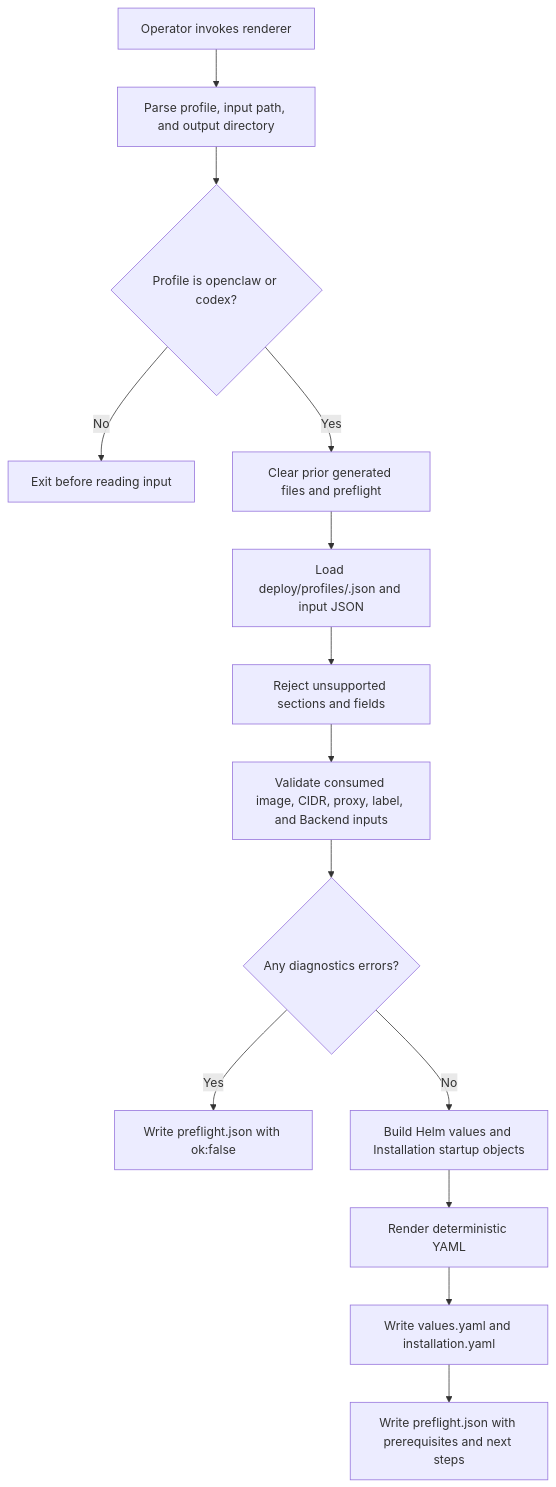
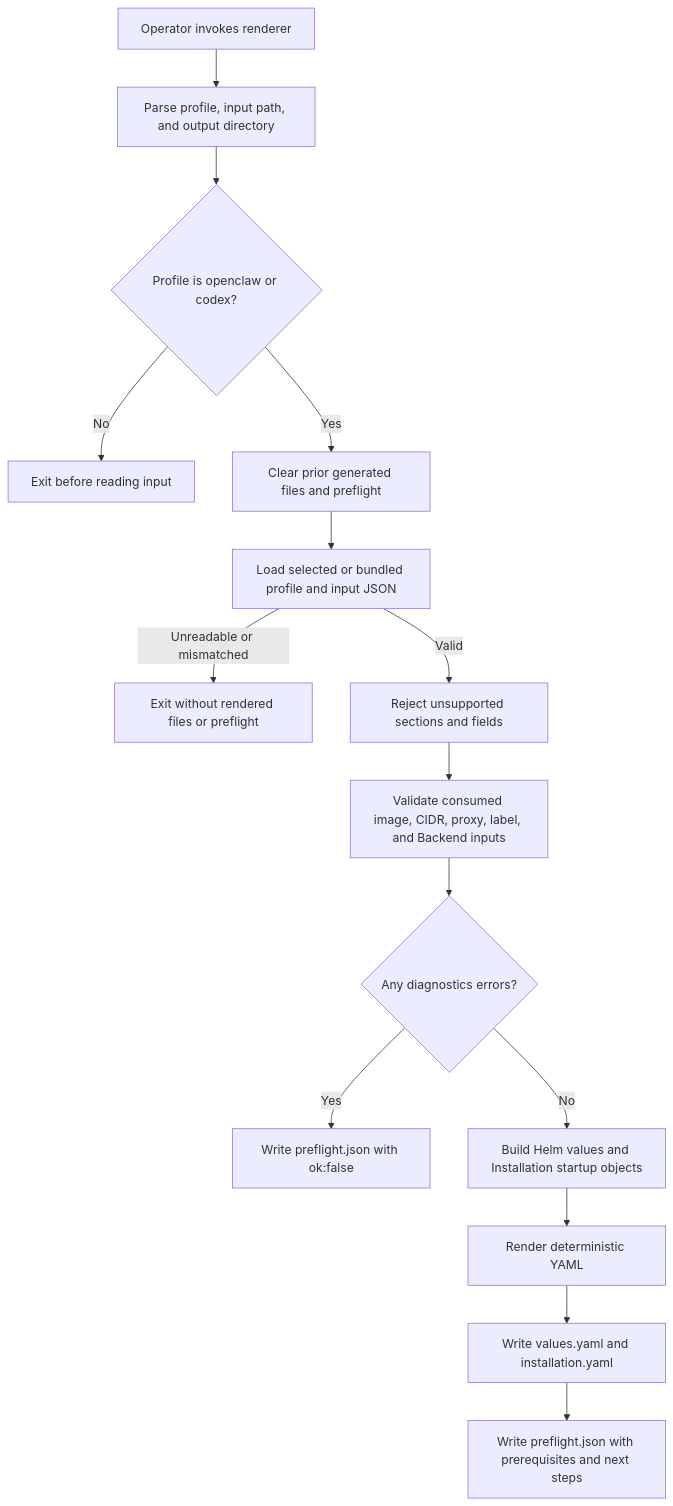
The diagram in docs/flows/installation-profile-rendering.md (raw-labs/openclaw-enterprise), drawn with Mermaid before and after one commit. The commit also changed other lines of this file and 4 other files, not shown here.

Commit message:
feat(deploy): select installation profiles and preset seeding

````diff
--- a/docs/flows/installation-profile-rendering.md
+++ b/docs/flows/installation-profile-rendering.md
@@ -32,16 +29,17 @@
 ```mermaid
 graph TD
   A["Operator invokes renderer"] --> B["Parse profile, input path, and output directory"]
   B --> C{"Profile is openclaw or codex?"}
   C -->|No| X["Exit before reading input"]
   C -->|Yes| R["Clear prior generated files and preflight"]
-  R --> D["Load deploy/profiles/<profile>.json and input JSON"]
-  D --> E["Reject unsupported sections and fields"]
+  R --> D["Load selected or bundled profile and input JSON"]
+  D -->|Unreadable or mismatched| Y["Exit without rendered files or preflight"]
+  D -->|Valid| E["Reject unsupported sections and fields"]
   E --> F["Validate consumed image, CIDR, proxy, label, and Backend inputs"]
   F --> G{"Any diagnostics errors?"}
   G -->|Yes| H["Write preflight.json with ok:false"]
   G -->|No| I["Build Helm values and Installation startup objects"]
   I --> J["Render deterministic YAML"]
   J --> K["Write values.yaml and installation.yaml"]
   K --> L["Write preflight.json with prerequisites and next steps"]
 ```
````
